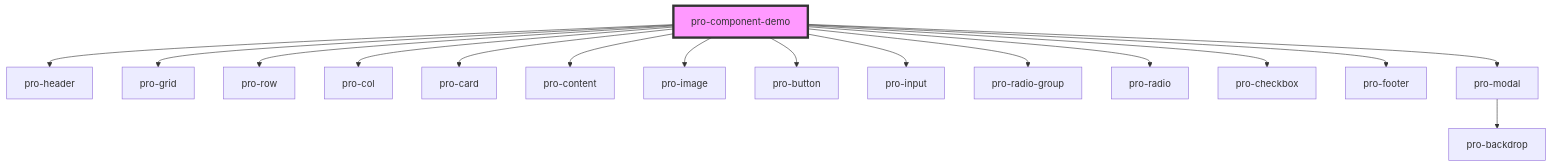
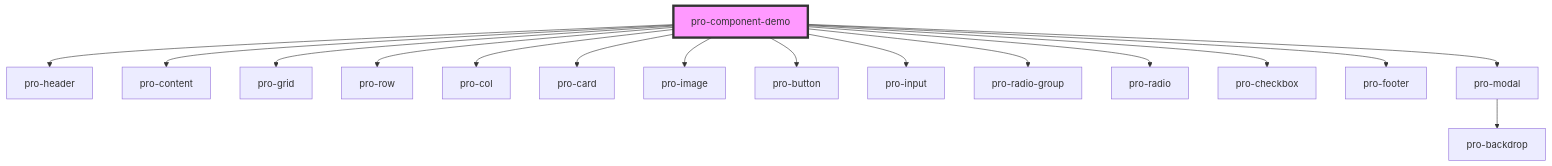
Before and after one commit to lbakken/pro-ui-library: the diagram in src/components/pro-component-demo/readme.md, drawn with Mermaid. The commit also changed other lines of this file and 58 other files, not shown here.

````diff
--- a/src/components/pro-component-demo/readme.md
+++ b/src/components/pro-component-demo/readme.md
@@ -28,19 +28,19 @@
 ```mermaid
 graph TD;
   pro-component-demo --> pro-header
+  pro-component-demo --> pro-content
   pro-component-demo --> pro-grid
   pro-component-demo --> pro-row
   pro-component-demo --> pro-col
   pro-component-demo --> pro-card
-  pro-component-demo --> pro-content
   pro-component-demo --> pro-image
   pro-component-demo --> pro-button
   pro-component-demo --> pro-input
   pro-component-demo --> pro-radio-group
   pro-component-demo --> pro-radio
   pro-component-demo --> pro-checkbox
   pro-component-demo --> pro-footer
   pro-component-demo --> pro-modal
   pro-modal --> pro-backdrop
   style pro-component-demo fill:#f9f,stroke:#333,stroke-width:4px
 ```
````
